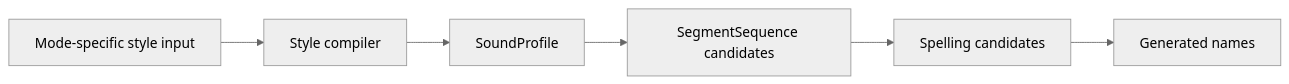
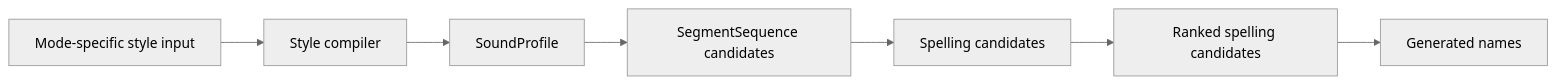
One commit to jaahay/name-forge changed the diagram in docs/architecture.md. Above: the diagram before and after it, drawn with Mermaid (neutral theme). The commit also changed other lines of this file, not shown here.

Commit message:
Document spelling generation and ranking boundary

````diff
--- a/docs/architecture.md
+++ b/docs/architecture.md
@@ -69,8 +74,9 @@
 ```mermaid
 flowchart LR
   A[Mode-specific style input] --> B[Style compiler]
   B --> C[SoundProfile]
   C --> D[SegmentSequence candidates]
   D --> E[Spelling candidates]
-  E --> F[Generated names]
+  E --> G[Ranked spelling candidates]
+  G --> F[Generated names]
 ```
````
